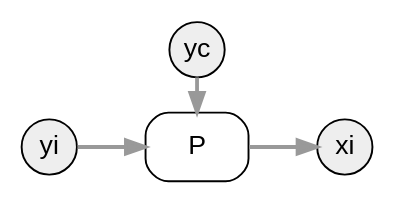
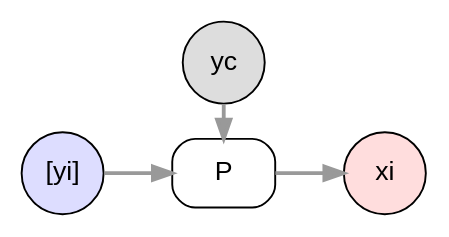
The diagram in opal/ProductsPack.dot (drautzburg/currychicken), drawn with Graphviz before and after one commit. The commit also changed 3 other files, not shown here.

```diff
--- a/opal/ProductsPack.dot
+++ b/opal/ProductsPack.dot
@@ -1,20 +1,27 @@
 digraph d {
 	node [fontname = "Arial"];
 	edge [fontname = "Arial", fontsize=11,color="#999999", penwidth=2, weight=1];
 
 	rankdir=LR
-	subgraph port {
-		node [shape=circle, style=filled, fillcolor="#EEEEEE", fixedsize=true, width=0.4]
-		xi
+	subgraph list {
+		node [shape=circle, style=filled, fillcolor="#DDDDFF", fixedsize=true, width=0.6]
+		yi[label="[yi]"]
+		}
+	subgraph nest {
+		node [shape=circle, style=filled, fillcolor="#FFDDDD", fixedsize=true, width=0.6]
+		xi 
+		}
+	subgraph others {
+		node [shape=circle, style=filled, fillcolor="#DDDDDD", fixedsize=true, width=0.6]
 		yc
-		yi
-		}
+	}				
 	subgraph process {
 		node [shape=box, style=rounded]
 		P
 	}
-{rank=same; yc P}
-yc->P
+	{rank=same; yc P}
+yc->P		       
 yi->P
 P->xi
+
 }
```
